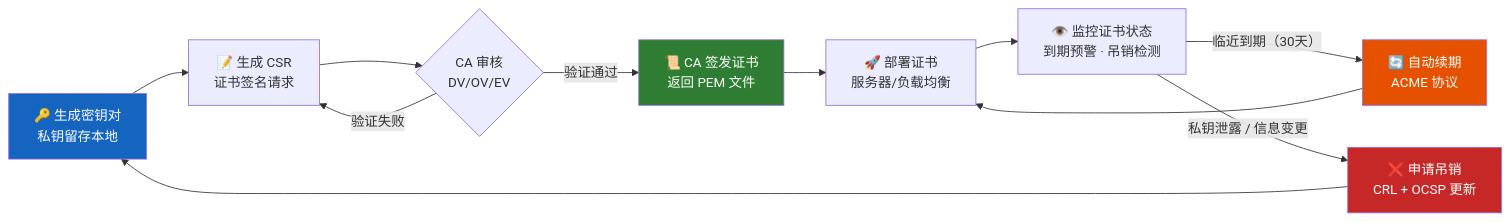
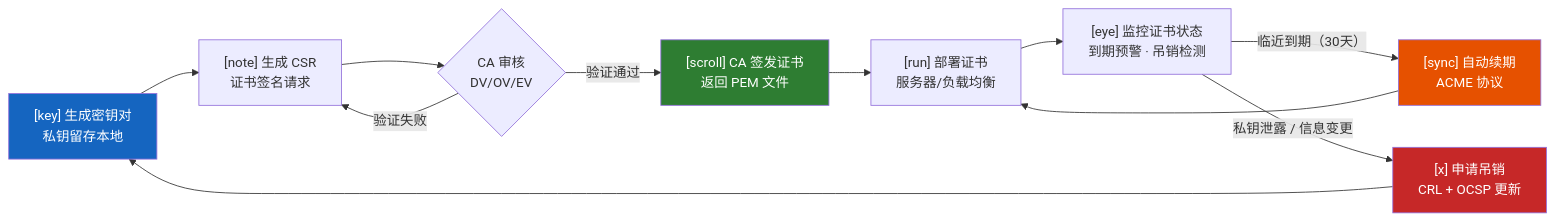
One commit to SKT-Shurima/NetworkMastery changed the fourth of 6 diagrams in docs/guide/security/pki.md. Above: the diagram before and after it, drawn with Mermaid. The commit also changed other lines of this file and 54 other files, not shown here.

````diff
--- a/docs/guide/security/pki.md
+++ b/docs/guide/security/pki.md
@@ -265,18 +265,18 @@
 ```mermaid
 flowchart LR
-    A["🔑 生成密钥对\n私钥留存本地"] --> B["📝 生成 CSR\n证书签名请求"]
+    A["[key] 生成密钥对\n私钥留存本地"] --> B["[note] 生成 CSR\n证书签名请求"]
     B --> C{"CA 审核\nDV/OV/EV"}
-    C -->|"验证通过"| D["📜 CA 签发证书\n返回 PEM 文件"]
+    C -->|"验证通过"| D["[scroll] CA 签发证书\n返回 PEM 文件"]
     C -->|"验证失败"| B
-    D --> E["🚀 部署证书\n服务器/负载均衡"]
-    E --> F["👁️ 监控证书状态\n到期预警 · 吊销检测"]
-    F -->|"临近到期（30天）"| G["🔄 自动续期\nACME 协议"]
+    D --> E["[run] 部署证书\n服务器/负载均衡"]
+    E --> F["[eye] 监控证书状态\n到期预警 · 吊销检测"]
+    F -->|"临近到期（30天）"| G["[sync] 自动续期\nACME 协议"]
     G --> E
-    F -->|"私钥泄露 / 信息变更"| H["❌ 申请吊销\nCRL + OCSP 更新"]
+    F -->|"私钥泄露 / 信息变更"| H["[x] 申请吊销\nCRL + OCSP 更新"]
     H --> A
 
     style A fill:#1565c0,color:#fff
     style D fill:#2e7d32,color:#fff
     style H fill:#c62828,color:#fff
     style G fill:#e65100,color:#fff
 ```
````
